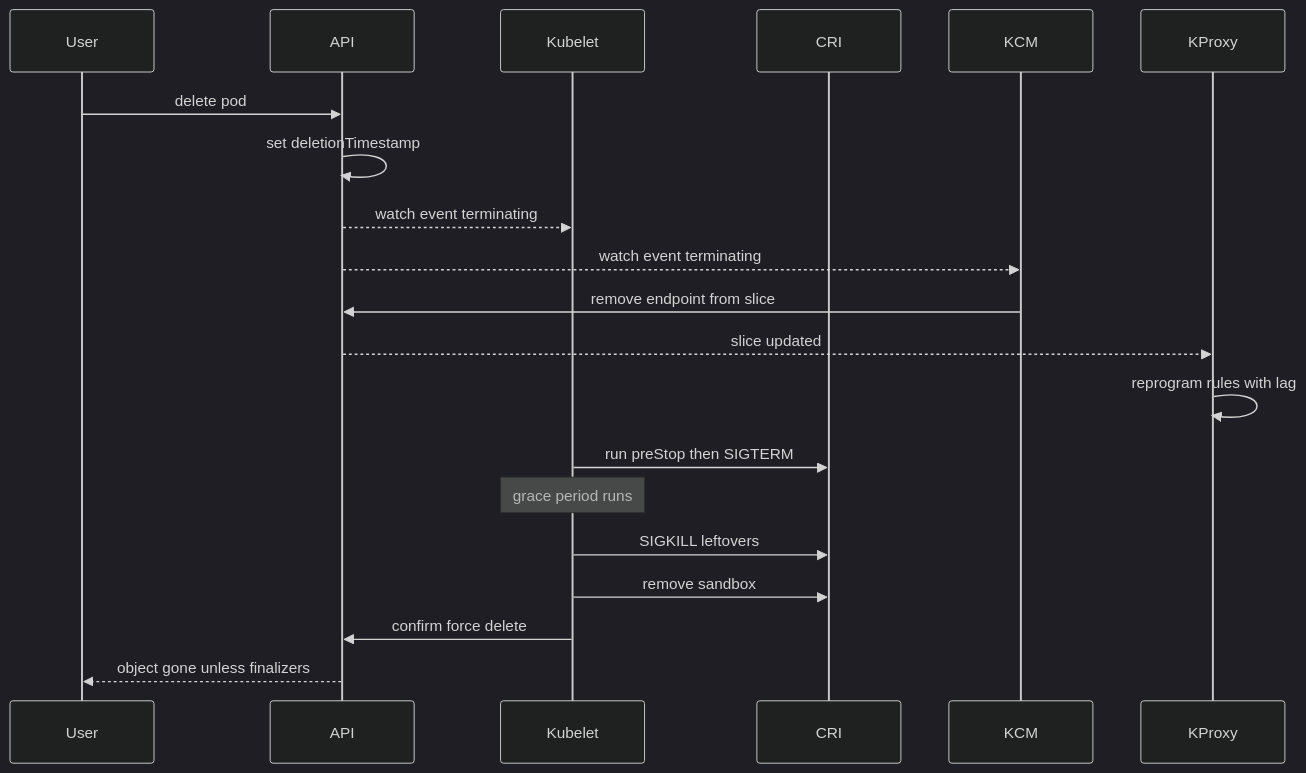
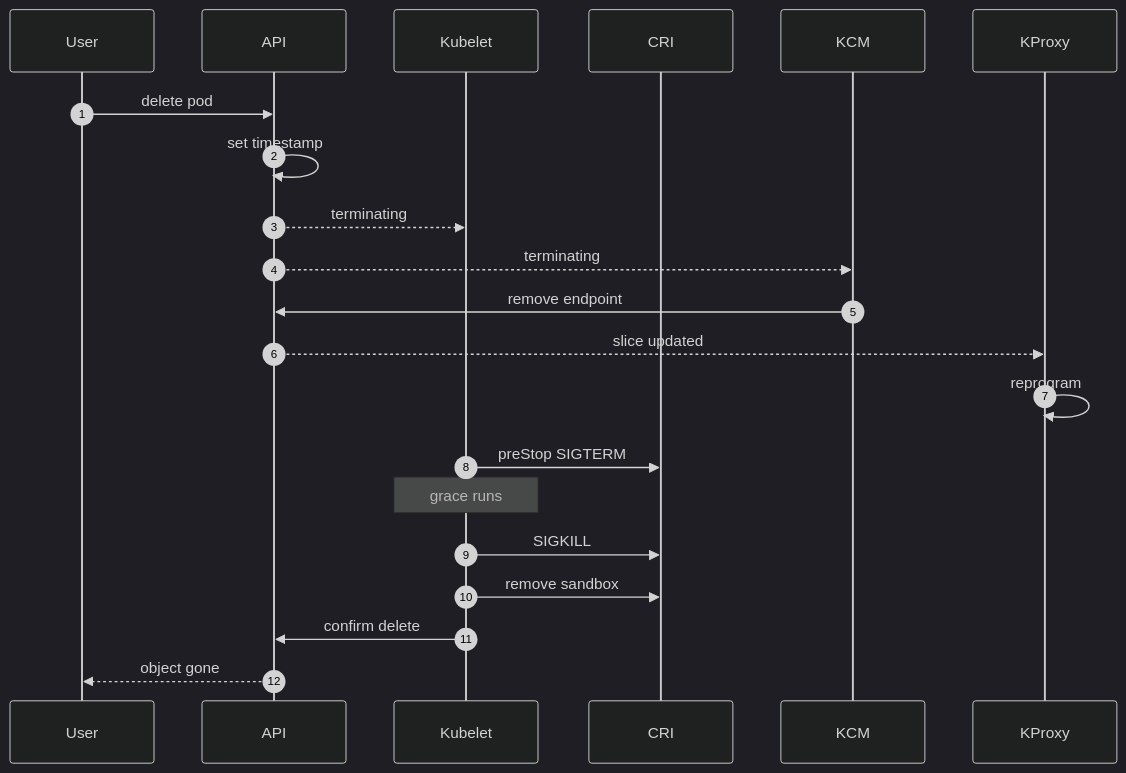
One commit to sanketsudake/k8s-worksheet changed the second of 7 diagrams in chapters/ch04.md. Above: the diagram before and after it, drawn with Mermaid (dark theme). The commit also changed other lines of this file and 2 other files, not shown here.

First line of the commit message:
ch04, ch08, ch09: shrink diagrams as far as text allows

````diff
--- a/chapters/ch04.md
+++ b/chapters/ch04.md
@@ -94,22 +95,23 @@
 ```mermaid
 sequenceDiagram
+  autonumber
   participant User
   participant API
   participant Kubelet
   participant CRI
   participant KCM
   participant KProxy
   User->>API: delete pod
-  API->>API: set deletionTimestamp
-  API-->>Kubelet: watch event terminating
-  API-->>KCM: watch event terminating
-  KCM->>API: remove endpoint from slice
+  API->>API: set timestamp
+  API-->>Kubelet: terminating
+  API-->>KCM: terminating
+  KCM->>API: remove endpoint
   API-->>KProxy: slice updated
-  KProxy->>KProxy: reprogram rules with lag
-  Kubelet->>CRI: run preStop then SIGTERM
-  Note over Kubelet: grace period runs
-  Kubelet->>CRI: SIGKILL leftovers
+  KProxy->>KProxy: reprogram
+  Kubelet->>CRI: preStop SIGTERM
+  Note over Kubelet: grace runs
+  Kubelet->>CRI: SIGKILL
   Kubelet->>CRI: remove sandbox
-  Kubelet->>API: confirm force delete
-  API-->>User: object gone unless finalizers
+  Kubelet->>API: confirm delete
+  API-->>User: object gone
 ```
````
